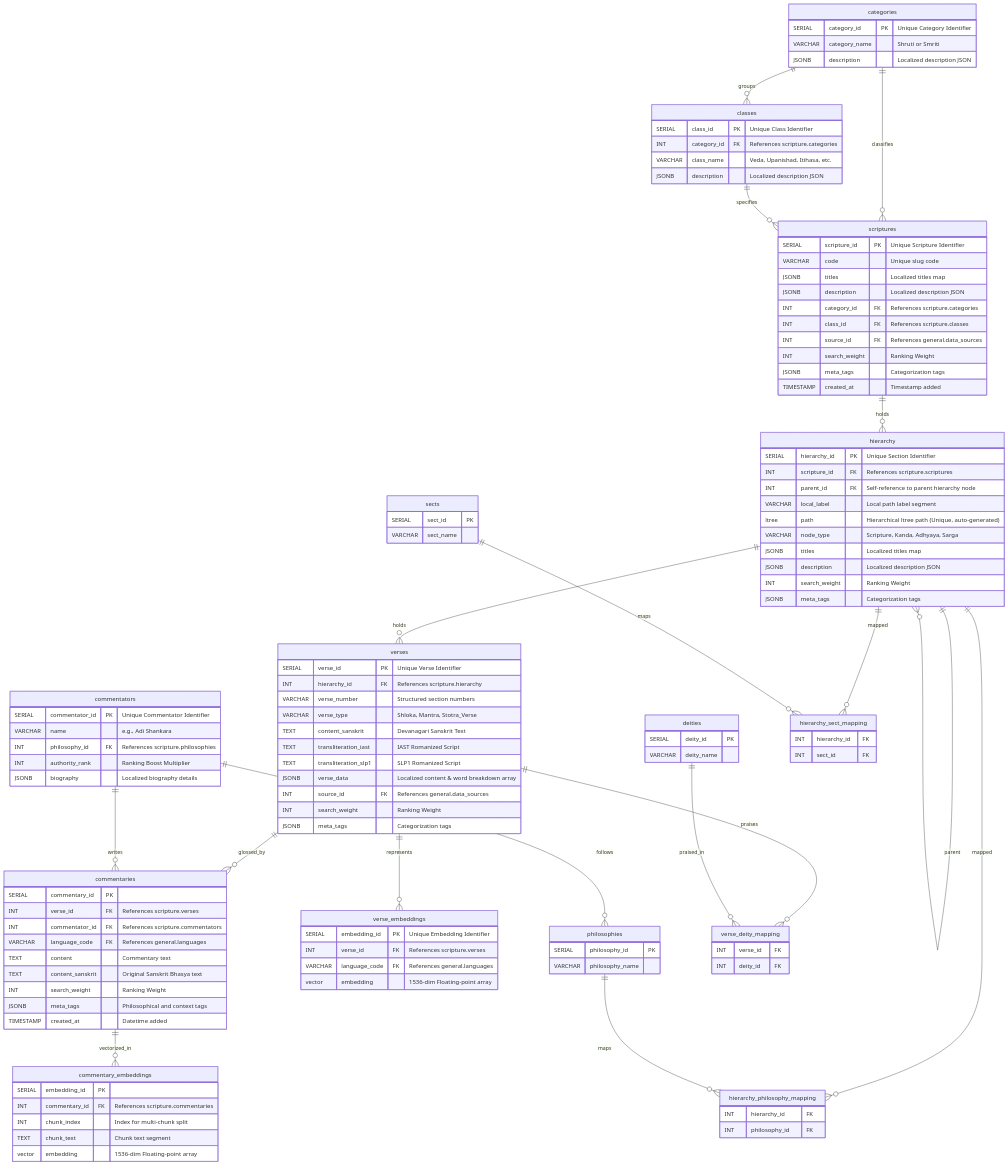
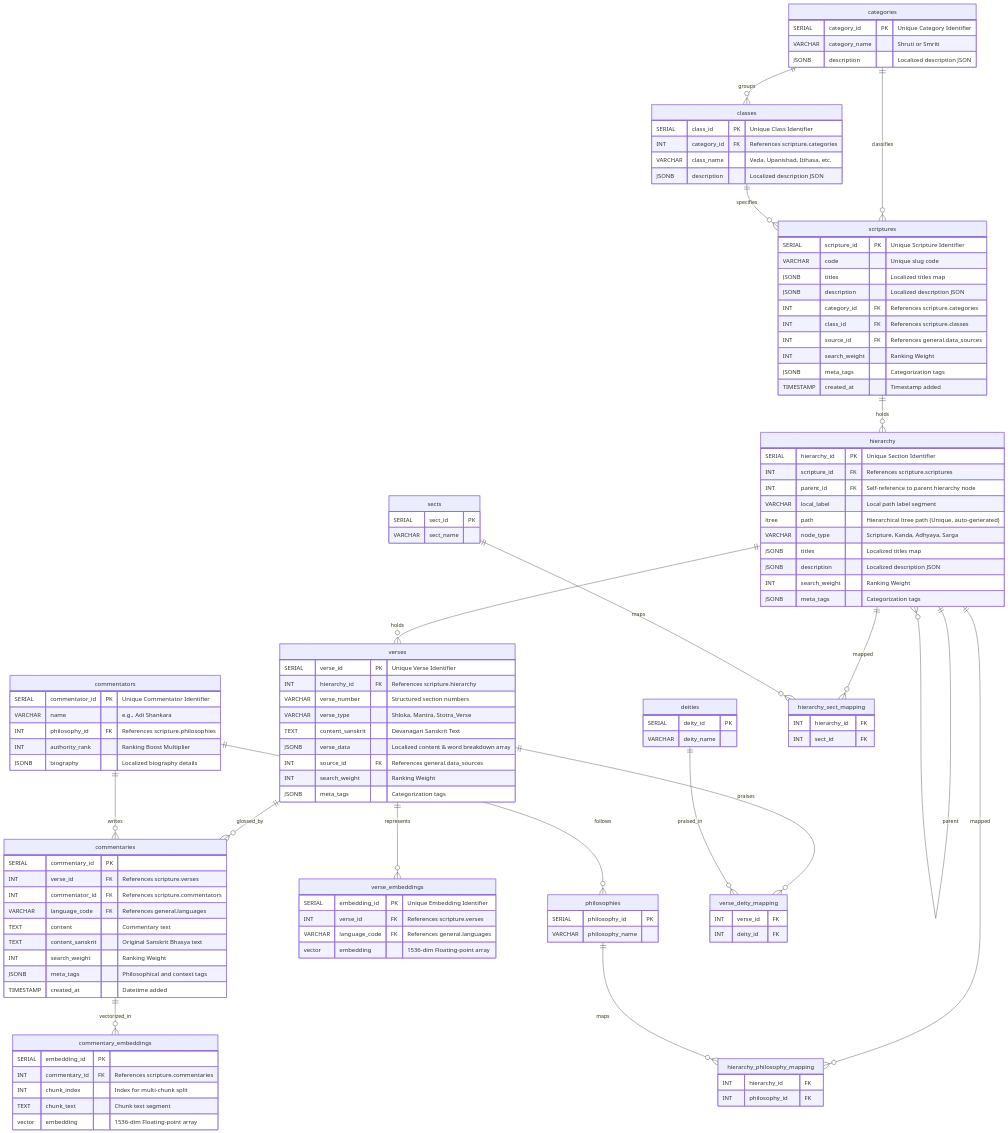
The second of 2 diagrams in src/Database/DATABASE_DESIGN.md (abhinavnigam213/sanskrit-quest-scripture), drawn with Mermaid before and after one commit. The commit also changed other lines of this file and 33 other files, not shown here.

Commit message:
feat(database): add repeatable stored procedures with JSONB expansion and sequence sorting under AlwaysRun, and test script

```diff
--- a/src/Database/DATABASE_DESIGN.md
+++ b/src/Database/DATABASE_DESIGN.md
@@ -601,8 +602,6 @@
         VARCHAR verse_number "Structured section numbers"
         VARCHAR verse_type "Shloka, Mantra, Stotra_Verse"
         TEXT content_sanskrit "Devanagari Sanskrit Text"
-        TEXT transliteration_iast "IAST Romanized Script"
-        TEXT transliteration_slp1 "SLP1 Romanized Script"
         JSONB verse_data "Localized content & word breakdown array"
         INT source_id FK "References general.data_sources"
         INT search_weight "Ranking Weight"
```
